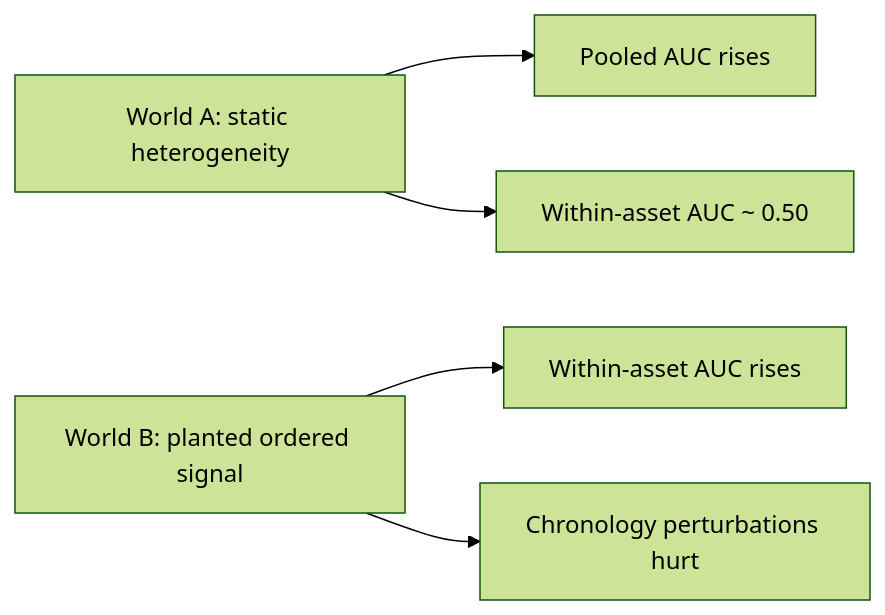
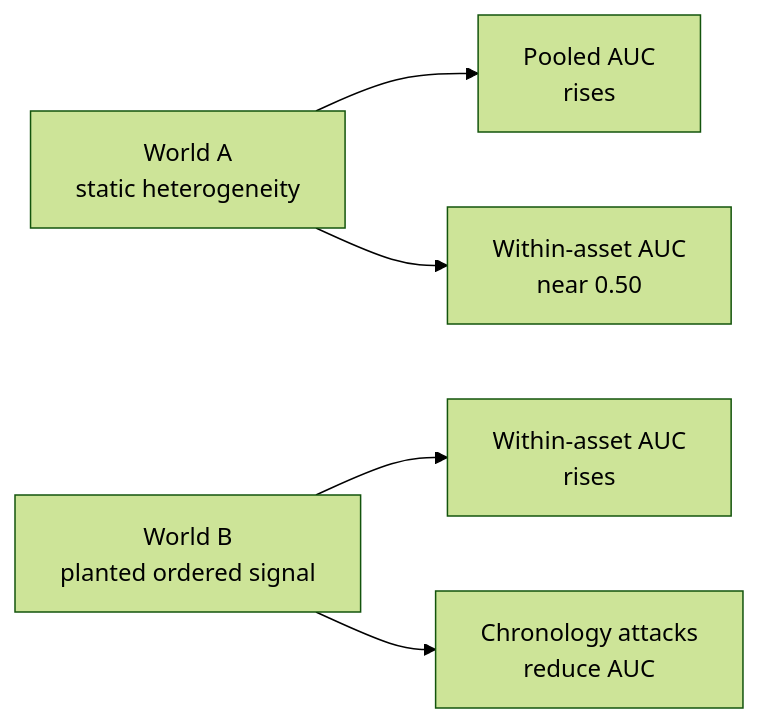
Before and after one commit to husaam-atq/MSc-financial-transformer-market-dynamics: the fourth of 4 diagrams in README.md, drawn with Mermaid (forest theme). The commit also changed other lines of this file and 12 other files, not shown here.

````diff
--- a/README.md
+++ b/README.md
@@ -243,7 +249,7 @@
 ```mermaid
 flowchart LR
-    A["World A: static heterogeneity"] --> B["Pooled AUC rises"]
-    A --> C["Within-asset AUC ~ 0.50"]
-    D["World B: planted ordered signal"] --> E["Within-asset AUC rises"]
-    D --> F["Chronology perturbations hurt"]
+    A["World A<br/>static heterogeneity"] --> B["Pooled AUC<br/>rises"]
+    A --> C["Within-asset AUC<br/>near 0.50"]
+    D["World B<br/>planted ordered signal"] --> E["Within-asset AUC<br/>rises"]
+    D --> F["Chronology attacks<br/>reduce AUC"]
 ```
````
